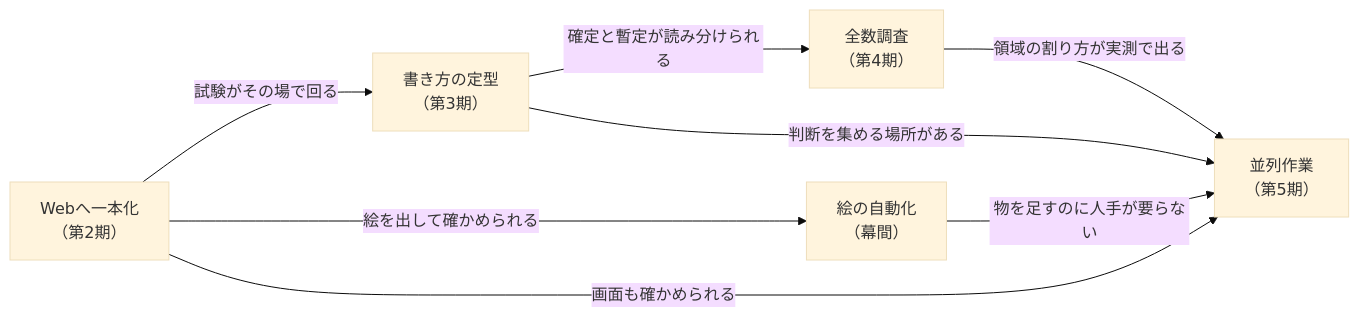
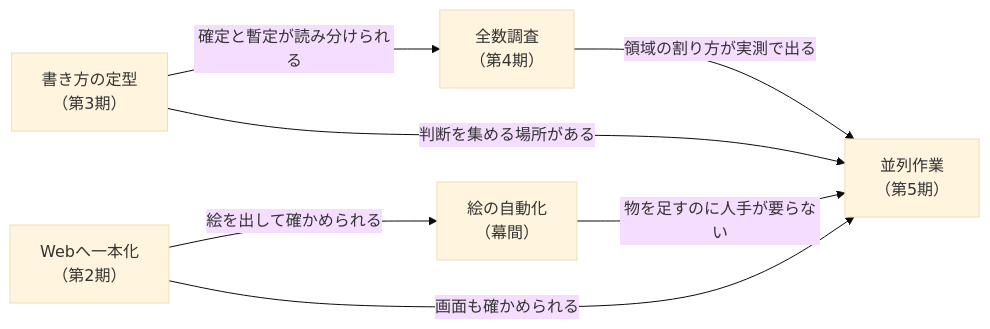
The second of 2 diagrams in docs/HowWeGotHere.md (gooyyu1/UnmappedIsland), drawn with Mermaid (base theme) before and after one commit. The commit also changed other lines of this file and 1 other file, not shown here.

````diff
--- a/docs/HowWeGotHere.md
+++ b/docs/HowWeGotHere.md
@@ -153,10 +171,9 @@
 ```mermaid
 flowchart LR
-    A["Webへ一本化<br/>（第2期）"] -->|"試験がその場で回る"| B["書き方の定型<br/>（第3期）"]
-    A -->|"絵を出して確かめられる"| E["絵の自動化<br/>（幕間）"]
-    B -->|"確定と暫定が読み分けられる"| C["全数調査<br/>（第4期）"]
+    A["Webへ一本化<br/>（第2期）"] -->|"絵を出して確かめられる"| E["絵の自動化<br/>（幕間）"]
+    B["書き方の定型<br/>（第3期）"] -->|"確定と暫定が読み分けられる"| C["全数調査<br/>（第4期）"]
     C -->|"領域の割り方が実測で出る"| D["並列作業<br/>（第5期）"]
     A -->|"画面も確かめられる"| D
     B -->|"判断を集める場所がある"| D
     E -->|"物を足すのに人手が要らない"| D
 ```
````
